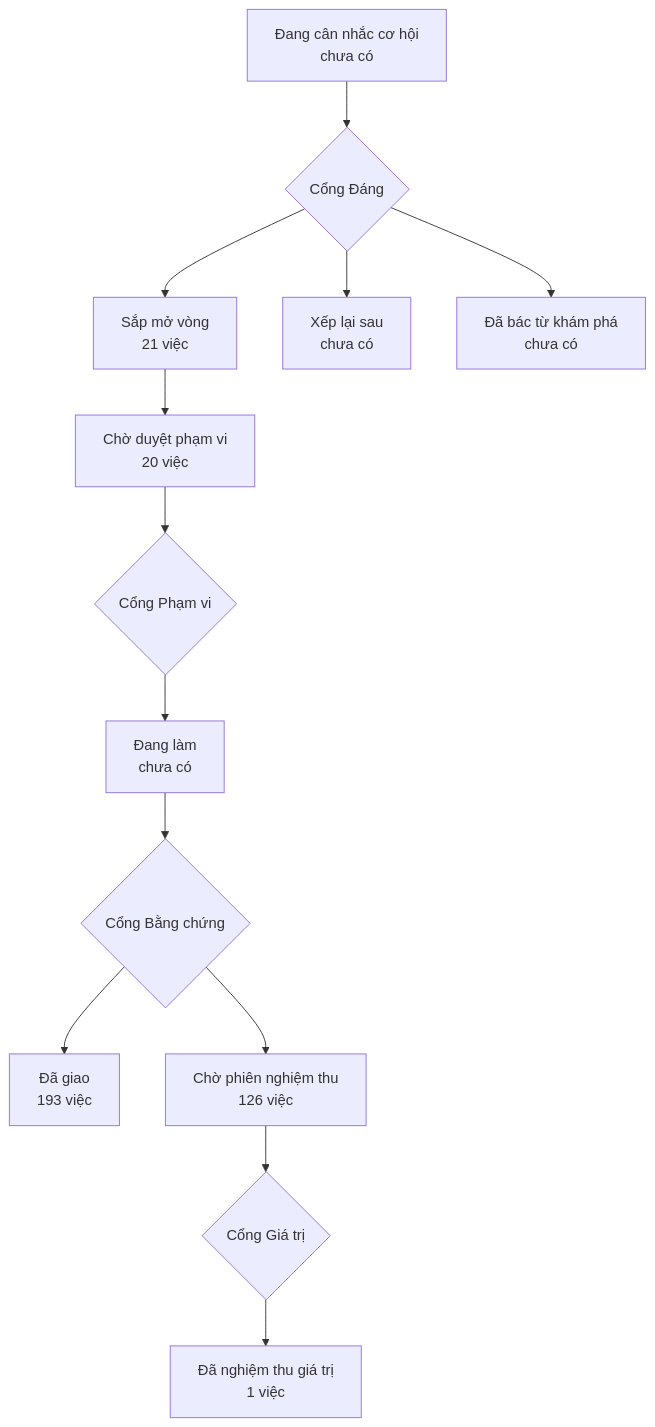
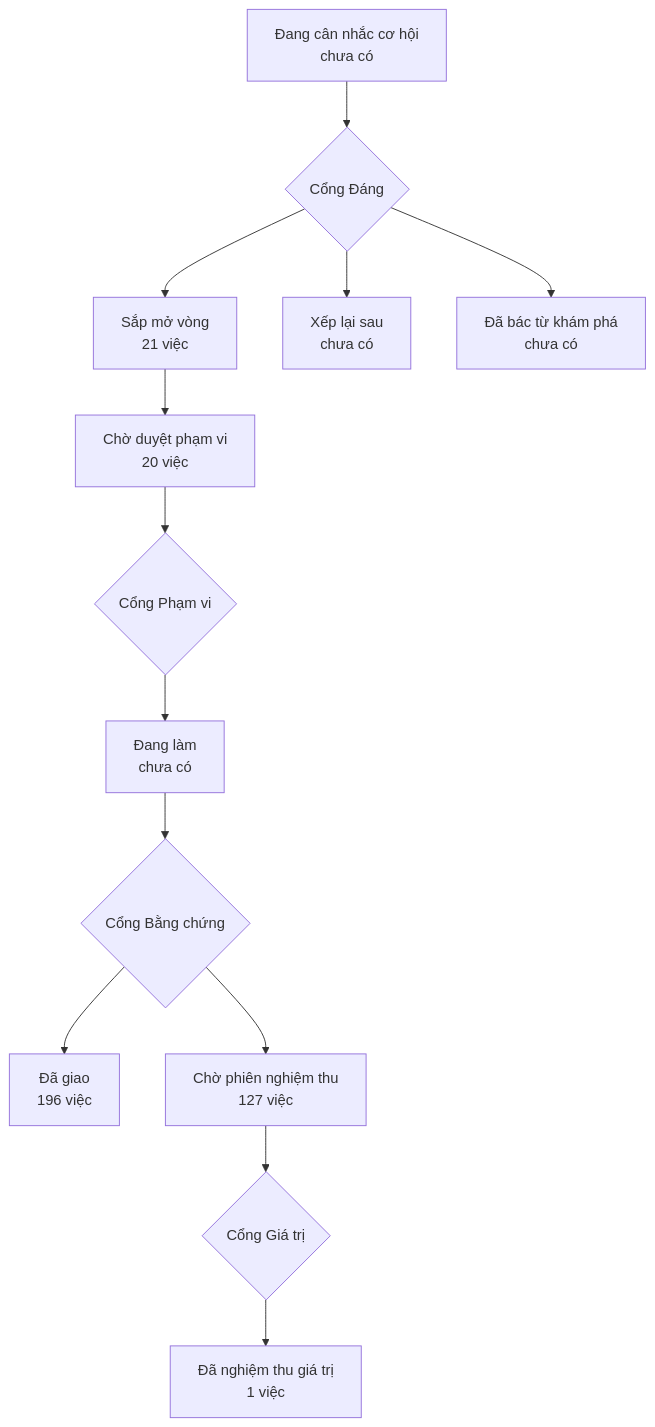
Before and after one commit to phanlemanh/onehub-invest: the diagram in PRODUCT-MAP.md, drawn with Mermaid. The commit also changed other lines of this file and 1 other file, not shown here.

Commit message:
chore: vẽ lại bản đồ sau khi nhận main 1dbf52b2

````diff
--- a/PRODUCT-MAP.md
+++ b/PRODUCT-MAP.md
@@ -7,12 +7,12 @@
 ```mermaid
 flowchart TD
   A["Đang cân nhắc cơ hội<br/>chưa có"] --> GD{"Cổng Đáng"}
   GD --> B["Sắp mở vòng<br/>21 việc"]
   GD --> XL["Xếp lại sau<br/>chưa có"]
   GD --> DB["Đã bác từ khám phá<br/>chưa có"]
   B --> CD["Chờ duyệt phạm vi<br/>20 việc"] --> GP{"Cổng Phạm vi"}
   GP --> DL["Đang làm<br/>chưa có"] --> GB{"Cổng Bằng chứng"}
-  GB --> DG["Đã giao<br/>193 việc"]
-  GB --> CN["Chờ phiên nghiệm thu<br/>126 việc"] --> GG{"Cổng Giá trị"}
+  GB --> DG["Đã giao<br/>196 việc"]
+  GB --> CN["Chờ phiên nghiệm thu<br/>127 việc"] --> GG{"Cổng Giá trị"}
   GG --> NT["Đã nghiệm thu giá trị<br/>1 việc"]
 ```
````
